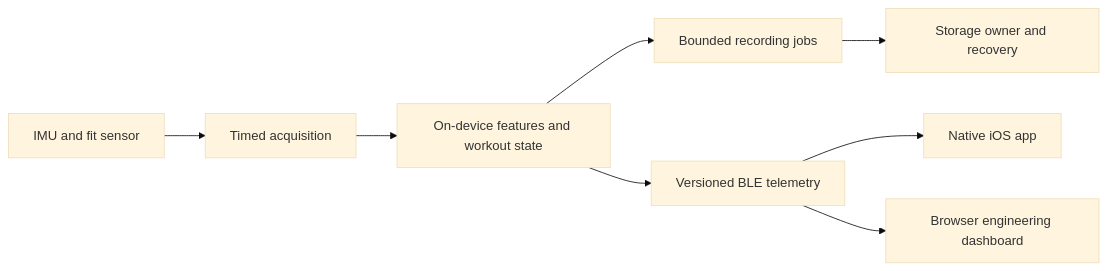
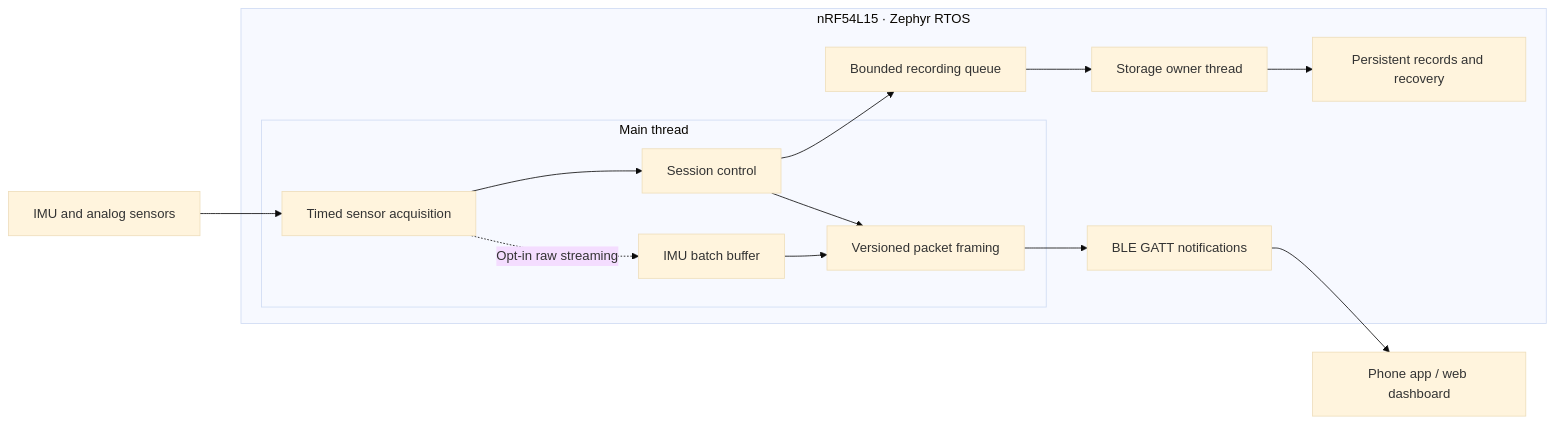
One commit to Kyntex-org/Kyntex-Technical-Public changed the diagram in README.md. Above: the diagram before and after it, drawn with Mermaid (base theme). The commit also changed other lines of this file, not shown here.

Commit message:
Refine engineering portfolio and clarify firmware execution contexts

````diff
--- a/README.md
+++ b/README.md
@@ -32,10 +27,31 @@
 ```mermaid
 flowchart LR
-    S[IMU and fit sensor] --> A[Timed acquisition]
-    A --> E[On-device features and workout state]
-    E --> Q[Bounded recording jobs]
-    Q --> O[Storage owner and recovery]
-    E --> B[Versioned BLE telemetry]
-    B --> I[Native iOS app]
-    B --> W[Browser engineering dashboard]
+    S["IMU and analog sensors"]
+
+    subgraph Device["nRF54L15 · Zephyr RTOS"]
+        subgraph Main["Main thread"]
+            A["Timed sensor acquisition"]
+            W["Session control"]
+            B["IMU batch buffer"]
+            P["Versioned packet framing"]
+
+            A --> W
+            A -. "Opt-in raw streaming" .-> B
+            B --> P
+            W --> P
+        end
+
+        Q["Bounded recording queue"]
+        T["Storage owner thread"]
+        D["Persistent records and recovery"]
+        G["BLE GATT notifications"]
+
+        W --> Q
+        Q --> T
+        T --> D
+        P --> G
+    end
+
+    S --> A
+    G --> C["Phone app / web dashboard"]
 ```
````
